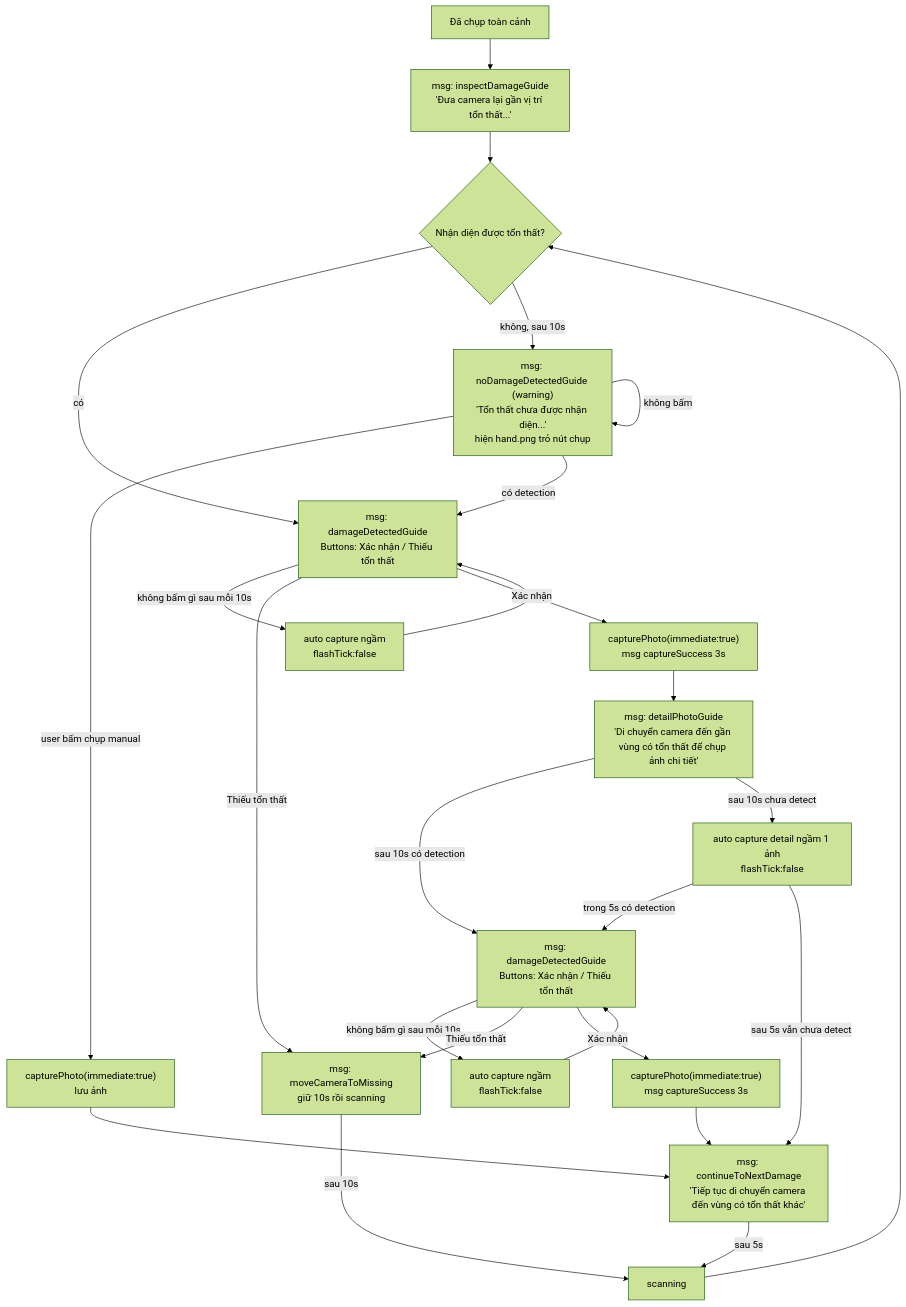
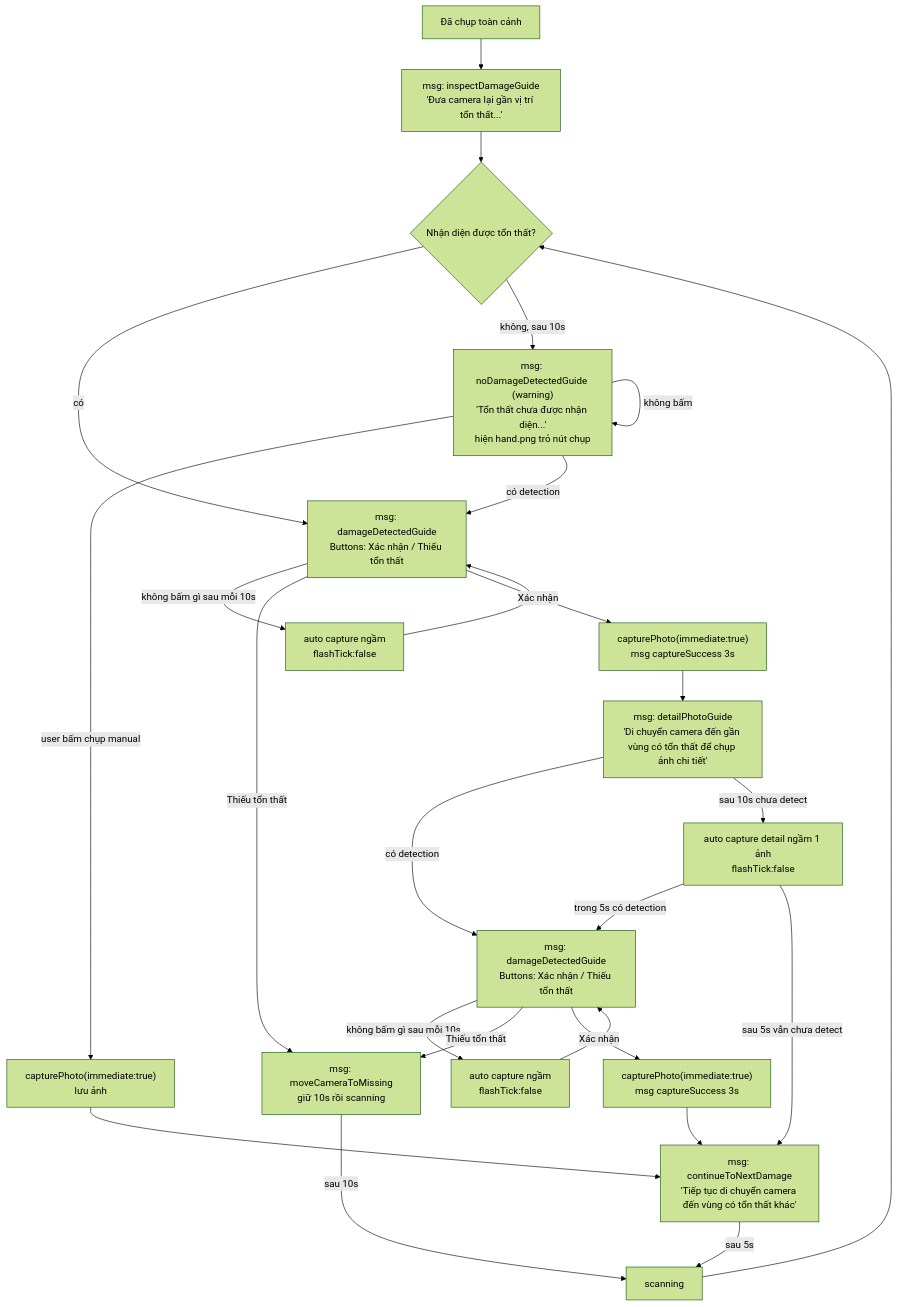
One commit to Aicycle-Insurance/aicycle_on_device changed the sixth of 9 diagrams in CAMERA_CONTROLLER.md. Above: the diagram before and after it, drawn with Mermaid (forest theme). The commit also changed other lines of this file and 8 other files, not shown here.

Commit message:
Release 0.1.4 camera flow updates

````diff
--- a/CAMERA_CONTROLLER.md
+++ b/CAMERA_CONTROLLER.md
@@ -137,33 +139,33 @@
 ```mermaid
 flowchart TD
     A["Đã chụp toàn cảnh"] --> B["msg: inspectDamageGuide<br/>'Đưa camera lại gần vị trí tổn thất...'"]
     B --> C{"Nhận diện được tổn thất?"}
     C -->|có| D["msg: damageDetectedGuide<br/>Buttons: Xác nhận / Thiếu tổn thất"]
     C -->|"không, sau 10s"| W["msg: noDamageDetectedGuide (warning)<br/>'Tổn thất chưa được nhận diện...'<br/>hiện hand.png trỏ nút chụp"]
 
     W -->|"user bấm chụp manual"| WM["capturePhoto(immediate:true)<br/>lưu ảnh"]
     WM --> N["msg: continueToNextDamage<br/>'Tiếp tục di chuyển camera đến vùng có tổn thất khác'"]
     W -->|"không bấm"| W
     W -->|"có detection"| D
 
     D -->|"không bấm gì sau mỗi 10s"| DA["auto capture ngầm<br/>flashTick:false"]
     DA --> D
     D -->|"Thiếu tổn thất"| G["msg: moveCameraToMissing<br/>giữ 10s rồi scanning"]
     D -->|"Xác nhận"| E["capturePhoto(immediate:true)<br/>msg captureSuccess 3s"]
 
     E --> H["msg: detailPhotoGuide<br/>'Di chuyển camera đến gần vùng có tổn thất để chụp ảnh chi tiết'"]
-    H -->|"sau 10s có detection"| J["msg: damageDetectedGuide<br/>Buttons: Xác nhận / Thiếu tổn thất"]
+    H -->|"có detection"| J["msg: damageDetectedGuide<br/>Buttons: Xác nhận / Thiếu tổn thất"]
     H -->|"sau 10s chưa detect"| I["auto capture detail ngầm 1 ảnh<br/>flashTick:false"]
     I -->|"trong 5s có detection"| J
     I -->|"sau 5s vẫn chưa detect"| N
 
     J -->|"không bấm gì sau mỗi 10s"| JA["auto capture ngầm<br/>flashTick:false"]
     JA --> J
     J -->|"Thiếu tổn thất"| G
     J -->|"Xác nhận"| K["capturePhoto(immediate:true)<br/>msg captureSuccess 3s"]
     K --> N
 
     N -->|"sau 5s"| S["scanning"]
     G -->|"sau 10s"| S
     S --> C
 ```
````
